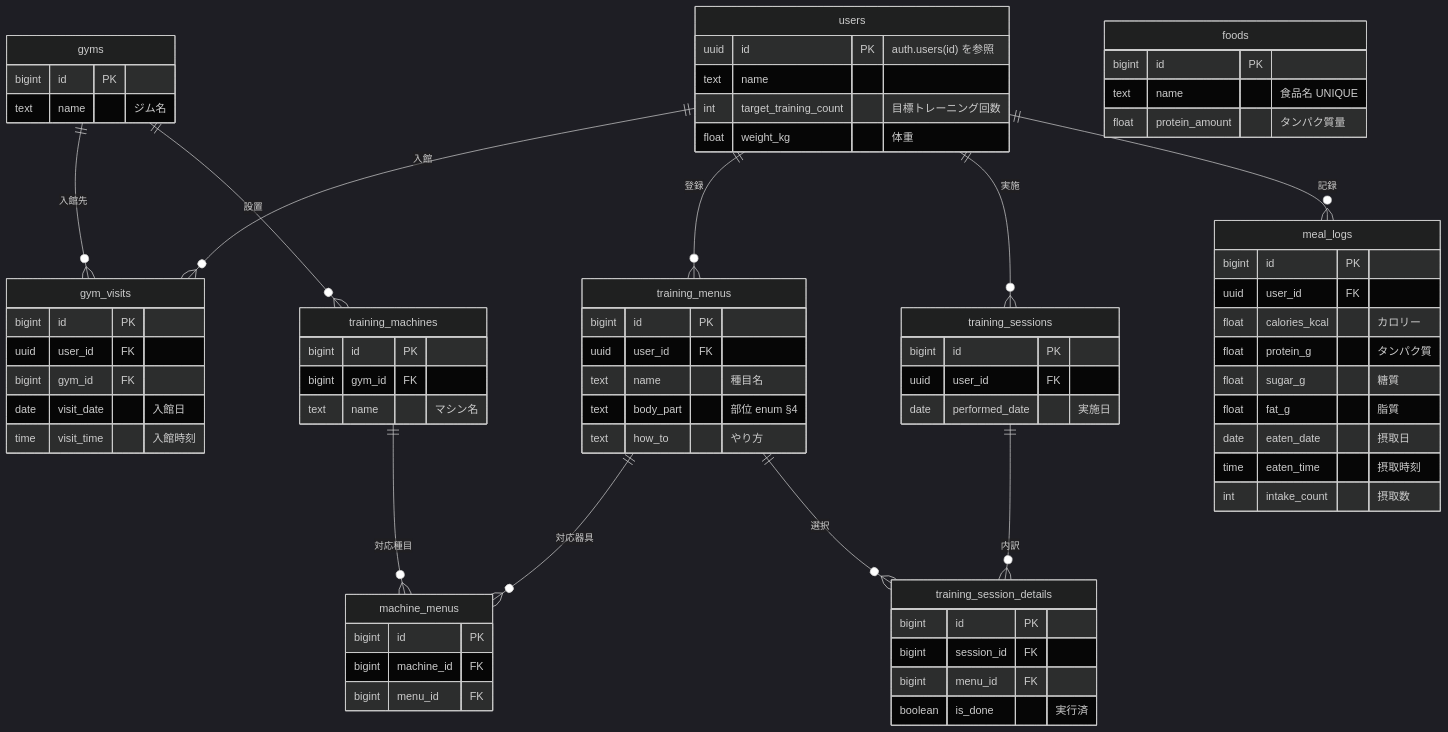
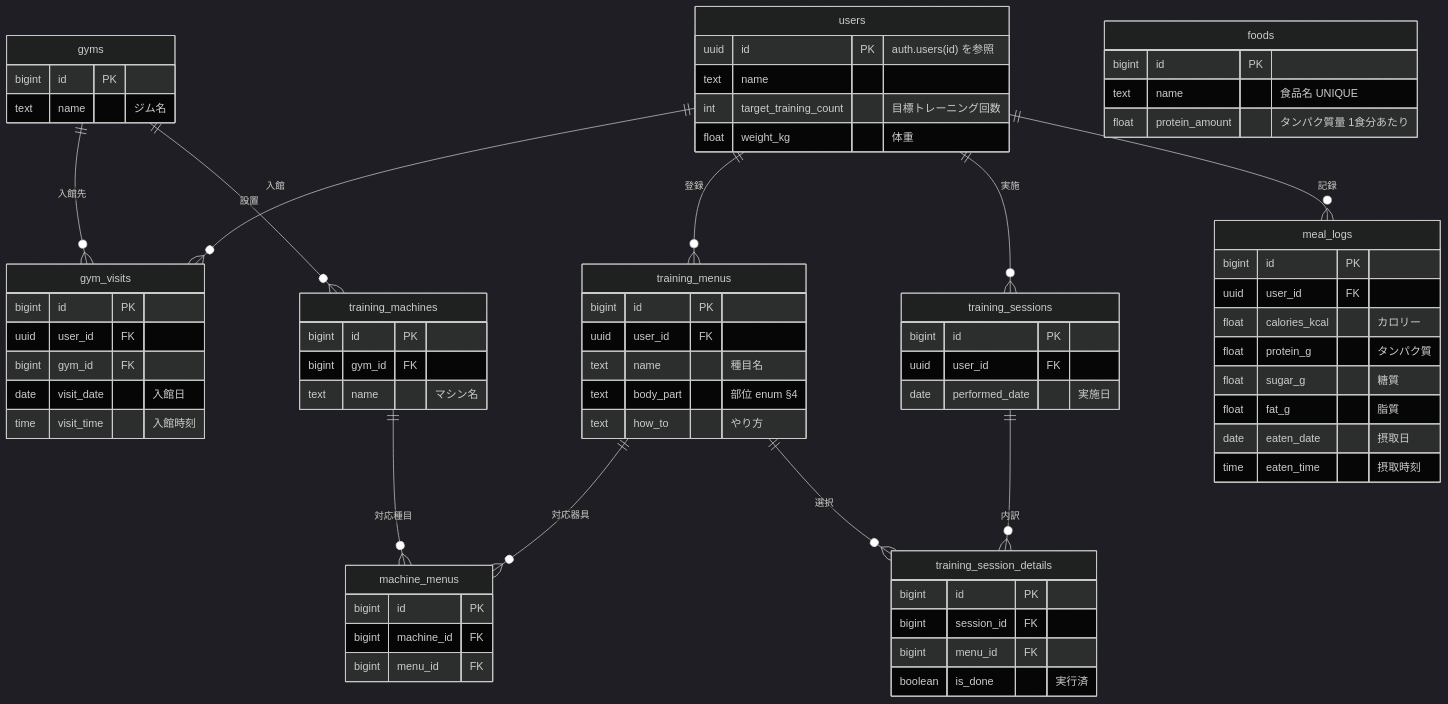
One commit to k-okada51/okada-fit changed the diagram in docs/02_設計/50_詳細設計/01_DB物理設計.md. Above: the diagram before and after it, drawn with Mermaid (dark theme). The commit also changed other lines of this file and 20 other files, not shown here.

````diff
--- a/docs/02_設計/50_詳細設計/01_DB物理設計.md
+++ b/docs/02_設計/50_詳細設計/01_DB物理設計.md
@@ -36,74 +38,73 @@
 ```mermaid
 erDiagram
   users ||--o{ gym_visits : "入館"
   gyms  ||--o{ gym_visits : "入館先"
   users ||--o{ training_menus : "登録"
   users ||--o{ training_sessions : "実施"
   users ||--o{ meal_logs : "記録"
   gyms  ||--o{ training_machines : "設置"
   training_machines ||--o{ machine_menus : "対応種目"
   training_menus ||--o{ machine_menus : "対応器具"
   training_sessions ||--o{ training_session_details : "内訳"
   training_menus ||--o{ training_session_details : "選択"
   users {
     uuid id PK "auth.users(id) を参照"
     text name
     int target_training_count "目標トレーニング回数"
     float weight_kg "体重"
   }
   gyms {
     bigint id PK
     text name "ジム名"
   }
   gym_visits {
     bigint id PK
     uuid user_id FK
     bigint gym_id FK
     date visit_date "入館日"
     time visit_time "入館時刻"
   }
   training_menus {
     bigint id PK
     uuid user_id FK
     text name "種目名"
     text body_part "部位 enum §4"
     text how_to "やり方"
   }
   training_machines {
     bigint id PK
     bigint gym_id FK
     text name "マシン名"
   }
   machine_menus {
     bigint id PK
     bigint machine_id FK
     bigint menu_id FK
   }
   training_sessions {
     bigint id PK
     uuid user_id FK
     date performed_date "実施日"
   }
   training_session_details {
     bigint id PK
     bigint session_id FK
     bigint menu_id FK
     boolean is_done "実行済"
   }
   meal_logs {
     bigint id PK
     uuid user_id FK
     float calories_kcal "カロリー"
     float protein_g "タンパク質"
     float sugar_g "糖質"
     float fat_g "脂質"
     date eaten_date "摂取日"
     time eaten_time "摂取時刻"
-    int intake_count "摂取数"
   }
   foods {
     bigint id PK
     text name "食品名 UNIQUE"
-    float protein_amount "タンパク質量"
+    float protein_amount "タンパク質量 1食分あたり"
   }
 ```
````
